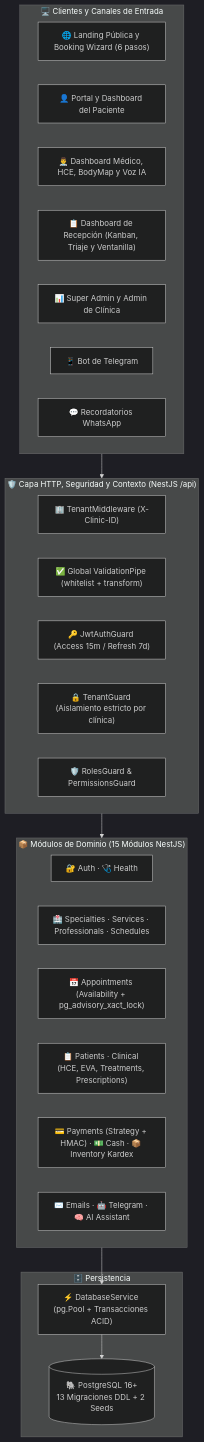
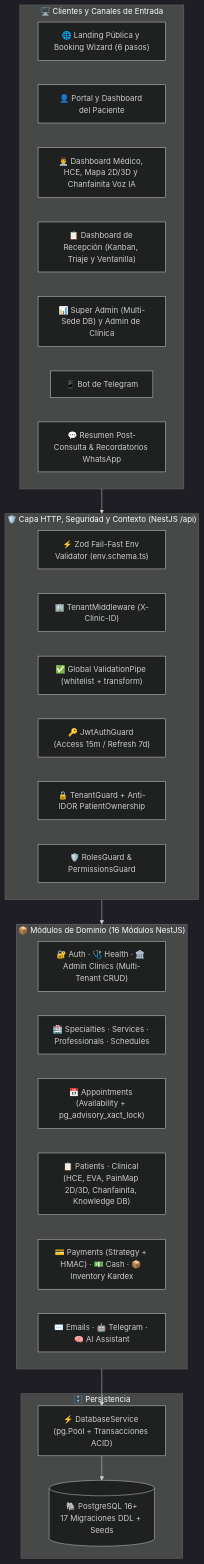
Before and after one commit to Alessander9/SistemaCitas_ok: the diagram in README.md, drawn with Mermaid (dark theme). The commit also changed other lines of this file and 150 other files, not shown here.

Commit message:
feat(architecture): complete final product hardening, modularization, bilateral voice AI and full E2E suite (409 tests)

````diff
--- a/README.md
+++ b/README.md
@@ -63,39 +63,40 @@
 ```mermaid
 flowchart TB
     subgraph CLIENTS ["🖥️ Clientes y Canales de Entrada"]
         WEB_PUB["🌐 Landing Pública y Booking Wizard (6 pasos)"]
         PORTAL_PAC["👤 Portal y Dashboard del Paciente"]
-        PORTAL_MED["👨‍⚕️ Dashboard Médico, HCE, BodyMap y Voz IA"]
+        PORTAL_MED["👨‍⚕️ Dashboard Médico, HCE, Mapa 2D/3D y Chanfainita Voz IA"]
         PORTAL_REC["📋 Dashboard de Recepción (Kanban, Triaje y Ventanilla)"]
-        PORTAL_ADM["📊 Super Admin y Admin de Clínica"]
+        PORTAL_ADM["📊 Super Admin (Multi-Sede DB) y Admin de Clínica"]
         BOT_TG["📱 Bot de Telegram"]
-        WHATSAPP["💬 Recordatorios WhatsApp"]
+        WHATSAPP["💬 Resumen Post-Consulta & Recordatorios WhatsApp"]
     end
 
     subgraph GATEWAY ["🛡️ Capa HTTP, Seguridad y Contexto (NestJS /api)"]
+        ENV_ZOD["⚡ Zod Fail-Fast Env Validator (env.schema.ts)"]
         TENANT_MW["🏢 TenantMiddleware (X-Clinic-ID)"]
         VAL_PIPE["✅ Global ValidationPipe (whitelist + transform)"]
         AUTH_GUARD["🔑 JwtAuthGuard (Access 15m / Refresh 7d)"]
-        TENANT_GUARD["🔒 TenantGuard (Aislamiento estricto por clínica)"]
+        TENANT_GUARD["🔒 TenantGuard + Anti-IDOR PatientOwnership"]
         RBAC_GUARD["🛡️ RolesGuard & PermissionsGuard"]
     end
 
-    subgraph MODULES ["📦 Módulos de Dominio (15 Módulos NestJS)"]
-        CORE_MOD["🔐 Auth · 🩺 Health"]
+    subgraph MODULES ["📦 Módulos de Dominio (16 Módulos NestJS)"]
+        CORE_MOD["🔐 Auth · 🩺 Health · 🏛️ Admin Clinics (Multi-Tenant CRUD)"]
         CAT_MOD["🏥 Specialties · Services · Professionals · Schedules"]
         APPT_MOD["📅 Appointments (Availability + pg_advisory_xact_lock)"]
-        CLIN_MOD["📋 Patients · Clinical (HCE, EVA, Treatments, Prescriptions)"]
+        CLIN_MOD["📋 Patients · Clinical (HCE, EVA, PainMap 2D/3D, Chanfainita, Knowledge DB)"]
         FIN_MOD["💳 Payments (Strategy + HMAC) · 💵 Cash · 📦 Inventory Kardex"]
         AUTO_MOD["✉️ Emails · 🤖 Telegram · 🧠 AI Assistant"]
     end
 
     subgraph STORAGE ["🗄️ Persistencia"]
         POOL["⚡ DatabaseService (pg.Pool + Transacciones ACID)"]
-        PG_DB[("🐘 PostgreSQL 16+\n13 Migraciones DDL + 2 Seeds")]
+        PG_DB[("🐘 PostgreSQL 16+\n17 Migraciones DDL + Seeds")]
     end
 
     CLIENTS --> GATEWAY
     GATEWAY --> MODULES
     MODULES --> POOL
     POOL --> PG_DB
 ```
````
